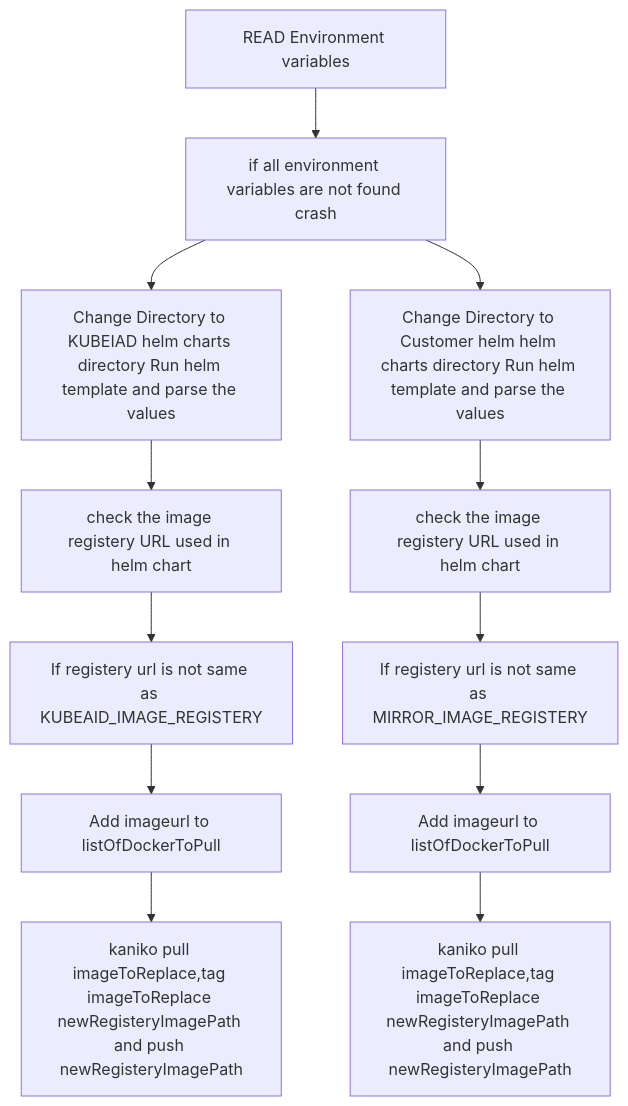
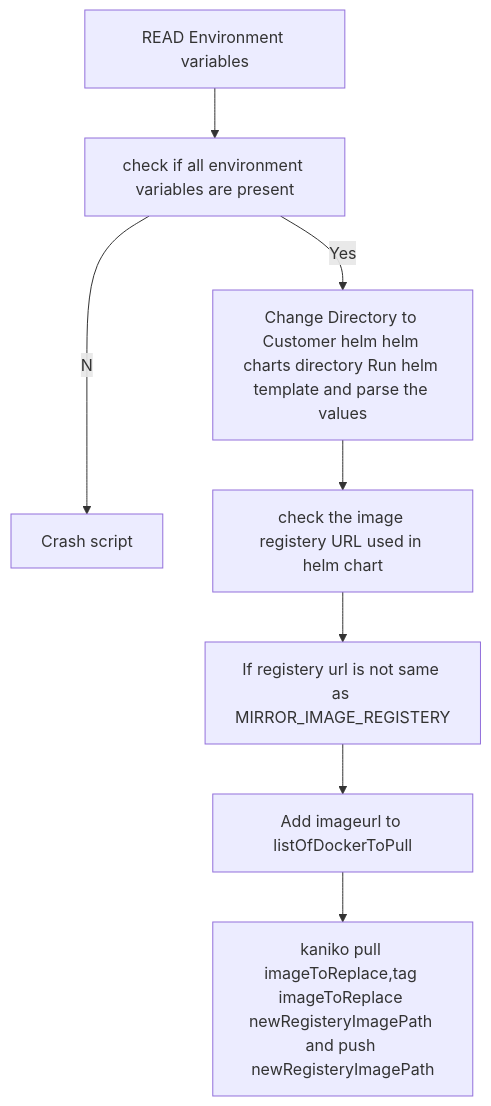
One commit to Obmondo/linuxaid-cli changed the diagram in doc/ImageMirrorDesignDoc.md. Above: the diagram before and after it, drawn with Mermaid. The commit also changed other lines of this file, not shown here.

Commit message:
made changes

````diff
--- a/doc/ImageMirrorDesignDoc.md
+++ b/doc/ImageMirrorDesignDoc.md
@@ -21,13 +15,10 @@
 ```mermaid
 flowchart TD
-   A[READ Environment variables] -->  B[if all environment variables are not found crash]
-   B --> C[Change Directory to KUBEIAD helm charts directory Run helm template and parse the values]
-   B --> D[Change Directory to Customer helm helm charts directory Run helm template and parse the values]
-   C --> E[check the image registery URL used in helm chart]
-   E --> F[If registery url is not same as KUBEAID_IMAGE_REGISTERY]-->G[Add imageurl to listOfDockerToPull]
-   G --> H[kaniko pull imageToReplace,tag imageToReplace newRegisteryImagePath and push newRegisteryImagePath]
-   D --> I[check the image registery URL used in helm chart]
-   I --> J[If registery url is not same as MIRROR_IMAGE_REGISTERY]
-   J --> K[Add imageurl to listOfDockerToPull]
-   K --> L[kaniko pull imageToReplace,tag imageToReplace newRegisteryImagePath and push newRegisteryImagePath]
+    A[READ Environment variables] -->  B[check if all environment variables are present]
+    B --No--> C[Crash script]
+    B --Yes--> D[Change Directory to Customer helm helm charts directory Run helm template and parse the values]
+    D --> I[check the image registery URL used in helm chart]
+    I --> J[If registery url is not same as MIRROR_IMAGE_REGISTERY]
+    J --> K[Add imageurl to listOfDockerToPull]
+    K --> L[kaniko pull imageToReplace,tag imageToReplace newRegisteryImagePath and push newRegisteryImagePath]
 ```
````
